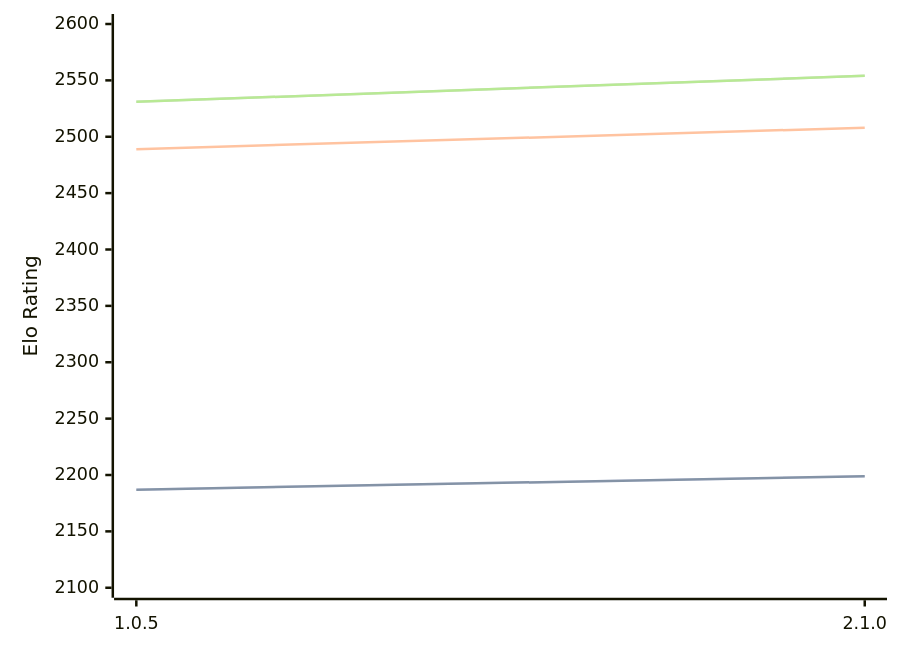
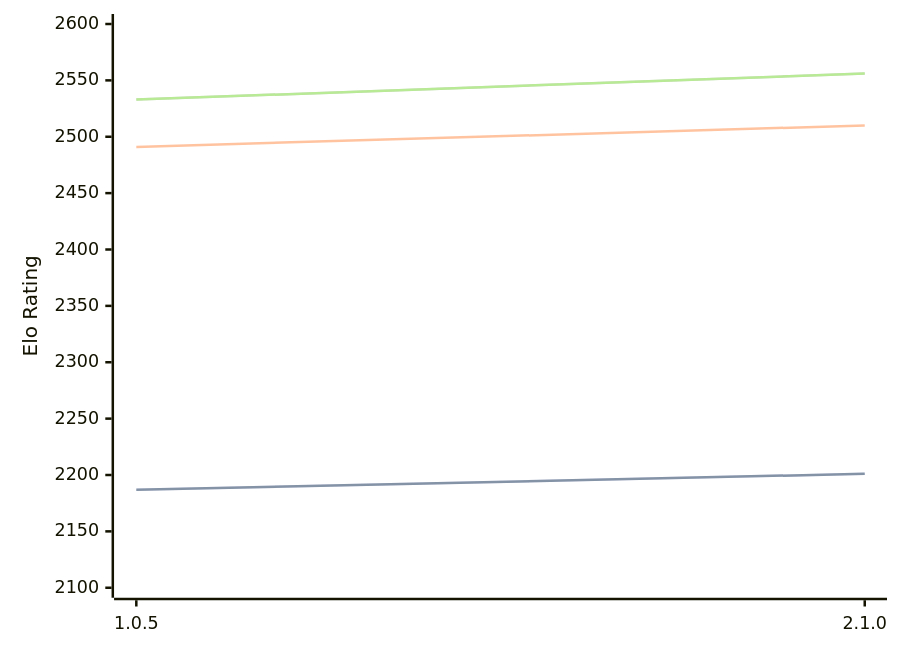
One commit to computer-chess-index/cci changed the diagram in engines/Ruffian.md. Above: the diagram before and after it, drawn with Mermaid. The commit also changed other lines of this file, not shown here.

Commit message:
Update CCI Ratings (ELO VLTC) - 2026-05-06

````diff
--- a/engines/Ruffian.md
+++ b/engines/Ruffian.md
@@ -32,11 +32,11 @@
 ```mermaid
 %%{init: {"theme":"base","themeVariables":{"seriesColors:['#a3a3a3','#222221','#faa371']}}}%%
 xychart-beta
   x-axis ["1.0.5", "2.1.0"]
   y-axis "Elo Rating" 2100 --> 2600
-  line "STC (8.0+0.08s)" [2187, 2199]
-  line "STC (8.0+0.08s)" [2187, 2199]
-  line "LTC (60.0+0.60s)" [2489, 2508]
-  line "VLTC (2m24s+1.12s)" [2531, 2554]
-  line "VLTC (2m24s+1.12s)" [2531, 2554]
+  line "STC (8.0+0.08s)" [2187, 2201]
+  line "STC (8.0+0.08s)" [2187, 2201]
+  line "LTC (60.0+0.60s)" [2491, 2510]
+  line "VLTC (2m24s+1.12s)" [2533, 2556]
+  line "VLTC (2m24s+1.12s)" [2533, 2556]
 ```
````
